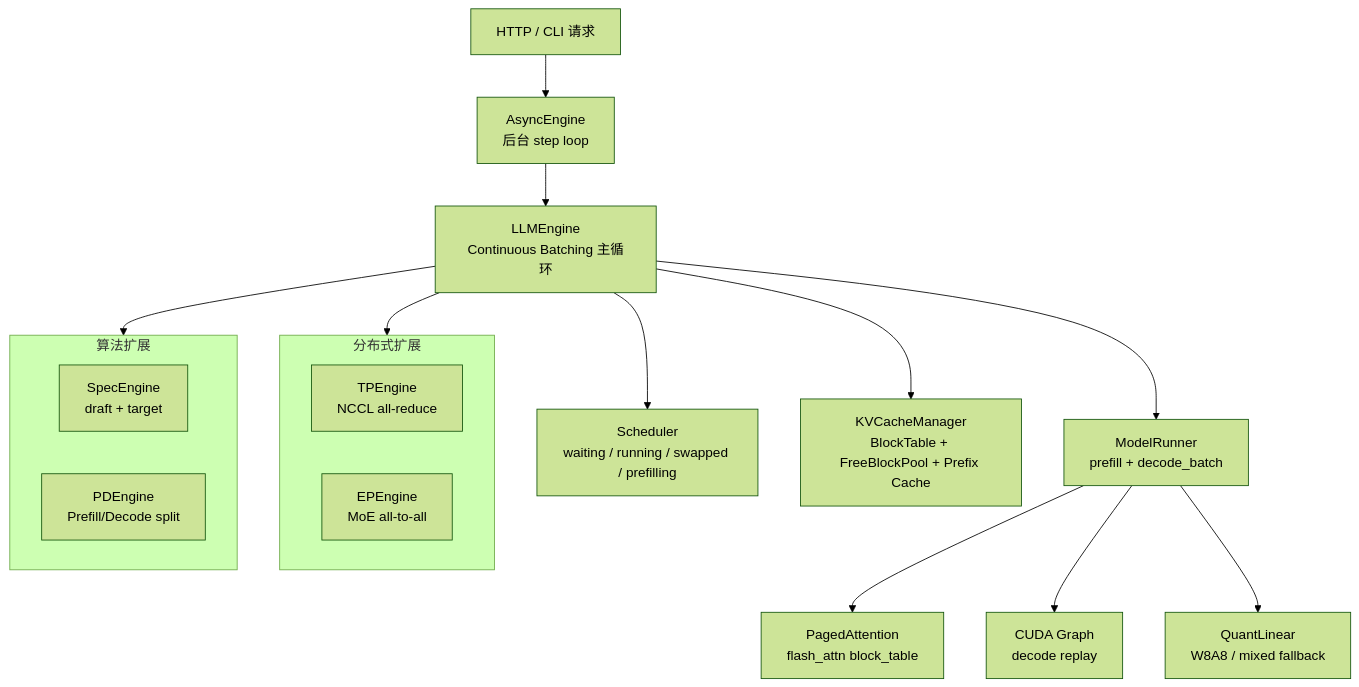
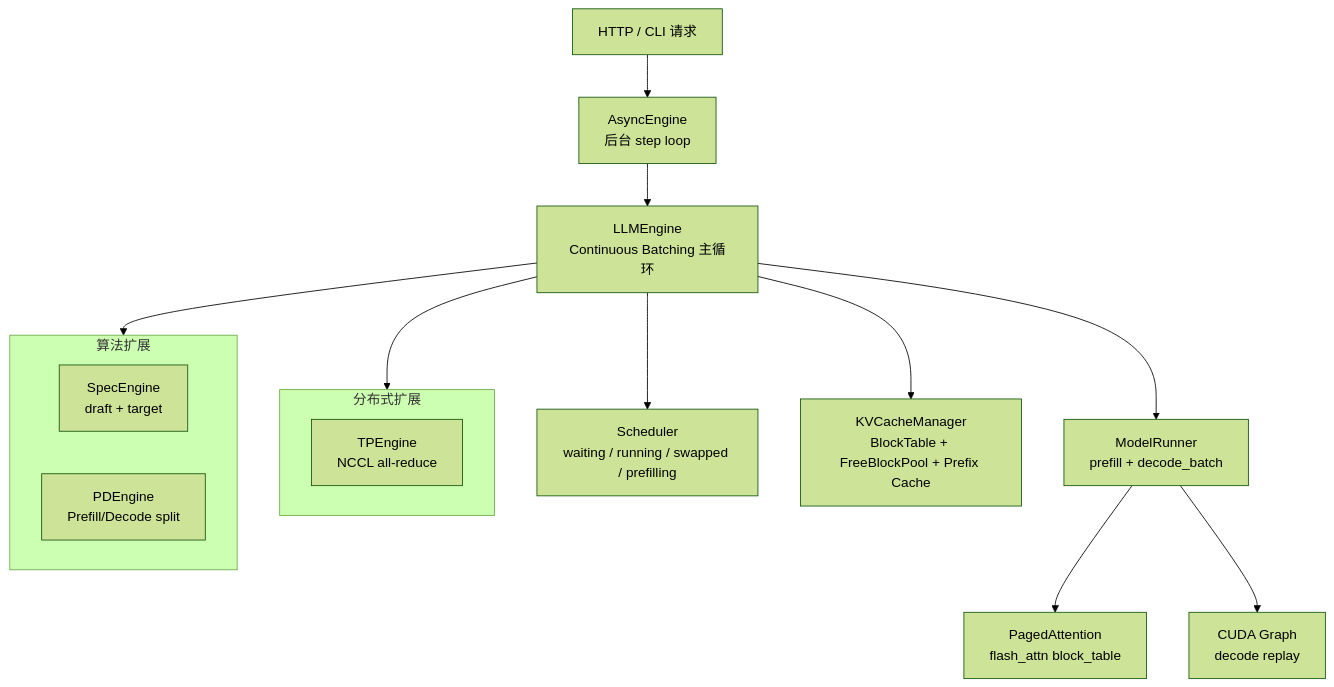
Before and after one commit to shallowdream2/mini-infer: the diagram in README.md, drawn with Mermaid (forest theme). The commit also changed other lines of this file, not shown here.

````diff
--- a/README.md
+++ b/README.md
@@ -115,24 +110,22 @@
 ```mermaid
 graph TD
     A["HTTP / CLI 请求"] --> B["AsyncEngine\n后台 step loop"]
     B --> C["LLMEngine\nContinuous Batching 主循环"]
     C --> D["Scheduler\nwaiting / running / swapped / prefilling"]
     C --> E["KVCacheManager\nBlockTable + FreeBlockPool + Prefix Cache"]
     C --> F["ModelRunner\nprefill + decode_batch"]
     F --> G["PagedAttention\nflash_attn block_table"]
     F --> H["CUDA Graph\ndecode replay"]
-    F --> I["QuantLinear\nW8A8 / mixed fallback"]
 
     subgraph dist ["分布式扩展"]
         J["TPEngine\nNCCL all-reduce"]
-        K["EPEngine\nMoE all-to-all"]
     end
 
     subgraph algo ["算法扩展"]
         L["SpecEngine\ndraft + target"]
         M["PDEngine\nPrefill/Decode split"]
     end
 
     C --> dist
     C --> algo
 ```
````
